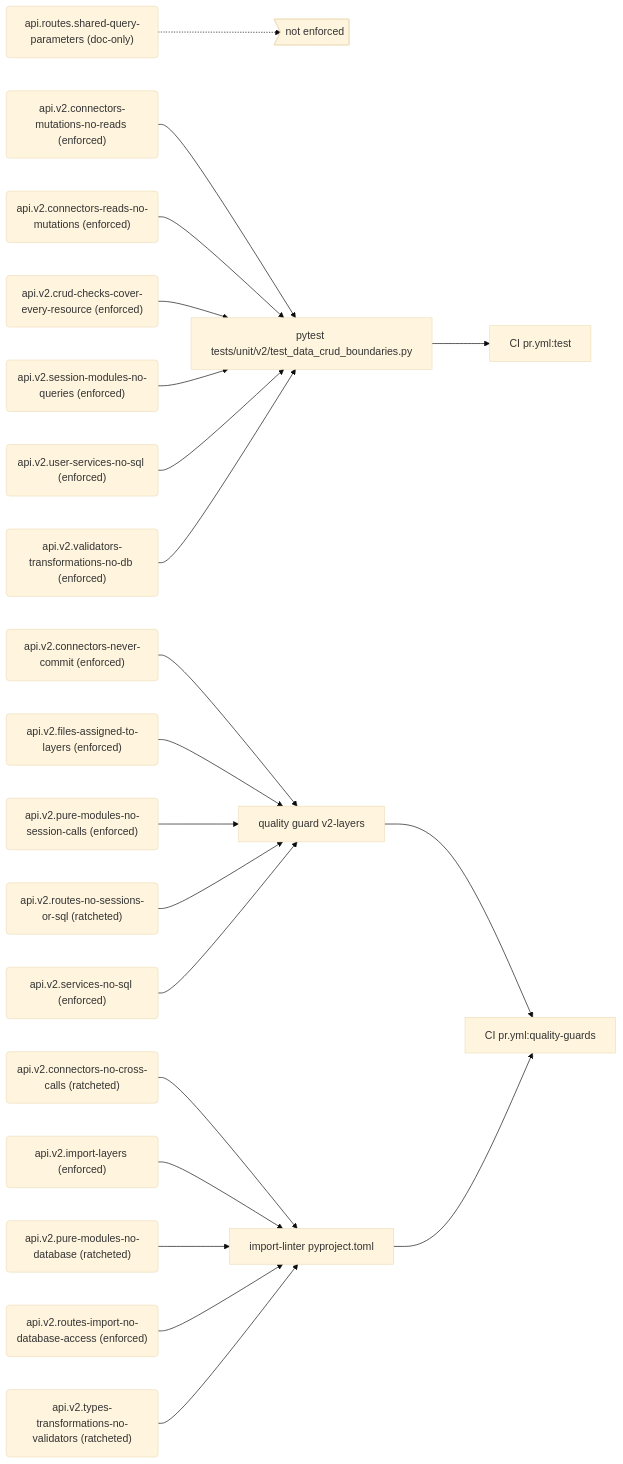
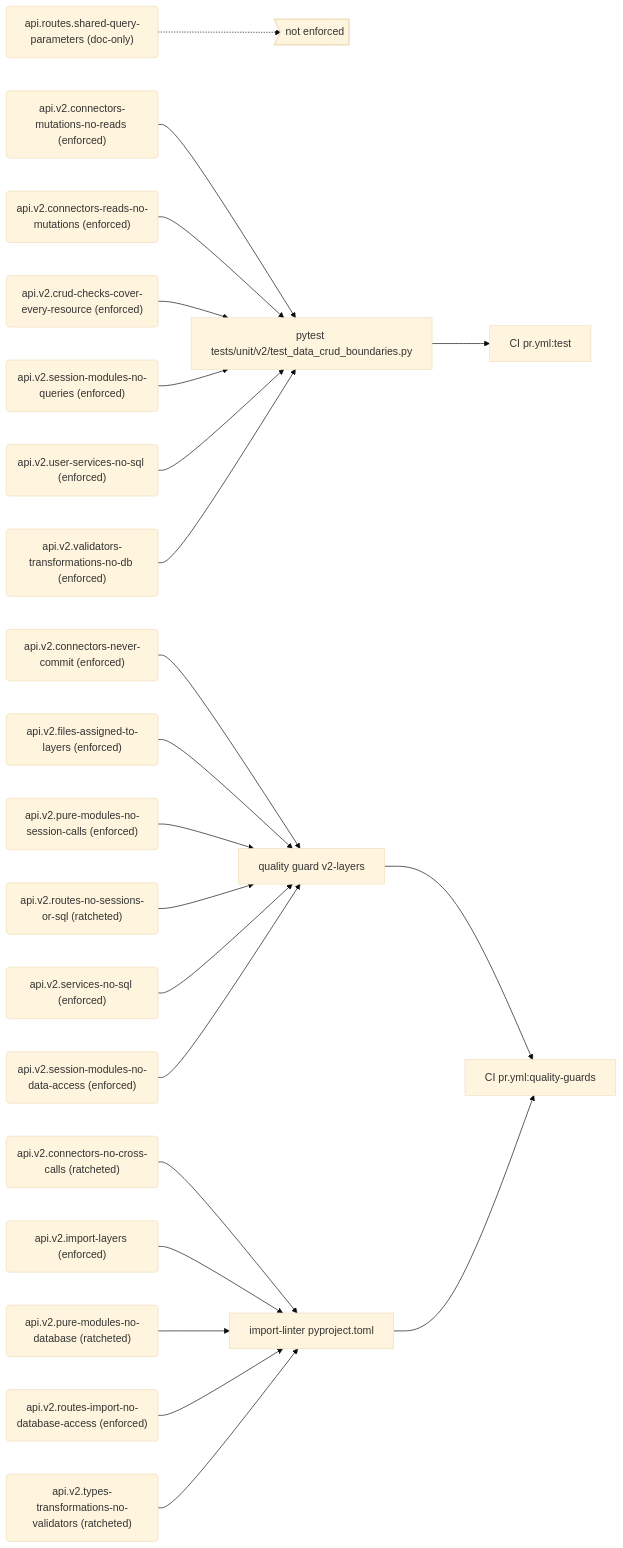
One commit to PolicyEngine/policyengine-api changed the first of 11 diagrams in docs/generated/rules.md. Above: the diagram before and after it, drawn with Mermaid (base theme). The commit also changed other lines of this file and 4 other files, not shown here.

First line of the commit message:
Close the third review's findings on the v2-layers guard

````diff
--- a/docs/generated/rules.md
+++ b/docs/generated/rules.md
@@ -101,46 +102,48 @@
 ```mermaid
 flowchart LR
   r_api_routes_shared_query_parameters("api.routes.shared-query-parameters (doc-only)")
   gap_unenforced>"not enforced"]
   r_api_v2_connectors_mutations_no_reads("api.v2.connectors-mutations-no-reads (enforced)")
   e_pytest_tests_unit_v2_test_data_crud_boundaries_py["pytest tests/unit/v2/test_data_crud_boundaries.py"]
   j_CI_pr_yml_test["CI pr.yml:test"]
   r_api_v2_connectors_never_commit("api.v2.connectors-never-commit (enforced)")
   e_quality_guard_v2_layers["quality guard v2-layers"]
   j_CI_pr_yml_quality_guards["CI pr.yml:quality-guards"]
   r_api_v2_connectors_no_cross_calls("api.v2.connectors-no-cross-calls (ratcheted)")
   e_import_linter_pyproject_toml["import-linter pyproject.toml"]
   r_api_v2_connectors_reads_no_mutations("api.v2.connectors-reads-no-mutations (enforced)")
   r_api_v2_crud_checks_cover_every_resource("api.v2.crud-checks-cover-every-resource (enforced)")
   r_api_v2_files_assigned_to_layers("api.v2.files-assigned-to-layers (enforced)")
   r_api_v2_import_layers("api.v2.import-layers (enforced)")
   r_api_v2_pure_modules_no_database("api.v2.pure-modules-no-database (ratcheted)")
   r_api_v2_pure_modules_no_session_calls("api.v2.pure-modules-no-session-calls (enforced)")
   r_api_v2_routes_import_no_database_access("api.v2.routes-import-no-database-access (enforced)")
   r_api_v2_routes_no_sessions_or_sql("api.v2.routes-no-sessions-or-sql (ratcheted)")
   r_api_v2_services_no_sql("api.v2.services-no-sql (enforced)")
+  r_api_v2_session_modules_no_data_access("api.v2.session-modules-no-data-access (enforced)")
   r_api_v2_session_modules_no_queries("api.v2.session-modules-no-queries (enforced)")
   r_api_v2_types_transformations_no_validators("api.v2.types-transformations-no-validators (ratcheted)")
   r_api_v2_user_services_no_sql("api.v2.user-services-no-sql (enforced)")
   r_api_v2_validators_transformations_no_db("api.v2.validators-transformations-no-db (enforced)")
   r_api_routes_shared_query_parameters -.-> gap_unenforced
   r_api_v2_connectors_mutations_no_reads --> e_pytest_tests_unit_v2_test_data_crud_boundaries_py
   e_pytest_tests_unit_v2_test_data_crud_boundaries_py --> j_CI_pr_yml_test
   r_api_v2_connectors_never_commit --> e_quality_guard_v2_layers
   e_quality_guard_v2_layers --> j_CI_pr_yml_quality_guards
   r_api_v2_connectors_no_cross_calls --> e_import_linter_pyproject_toml
   e_import_linter_pyproject_toml --> j_CI_pr_yml_quality_guards
   r_api_v2_connectors_reads_no_mutations --> e_pytest_tests_unit_v2_test_data_crud_boundaries_py
   r_api_v2_crud_checks_cover_every_resource --> e_pytest_tests_unit_v2_test_data_crud_boundaries_py
   r_api_v2_files_assigned_to_layers --> e_quality_guard_v2_layers
   r_api_v2_import_layers --> e_import_linter_pyproject_toml
   r_api_v2_pure_modules_no_database --> e_import_linter_pyproject_toml
   r_api_v2_pure_modules_no_session_calls --> e_quality_guard_v2_layers
   r_api_v2_routes_import_no_database_access --> e_import_linter_pyproject_toml
   r_api_v2_routes_no_sessions_or_sql --> e_quality_guard_v2_layers
   r_api_v2_services_no_sql --> e_quality_guard_v2_layers
+  r_api_v2_session_modules_no_data_access --> e_quality_guard_v2_layers
   r_api_v2_session_modules_no_queries --> e_pytest_tests_unit_v2_test_data_crud_boundaries_py
   r_api_v2_types_transformations_no_validators --> e_import_linter_pyproject_toml
   r_api_v2_user_services_no_sql --> e_pytest_tests_unit_v2_test_data_crud_boundaries_py
   r_api_v2_validators_transformations_no_db --> e_pytest_tests_unit_v2_test_data_crud_boundaries_py
 ```
````
